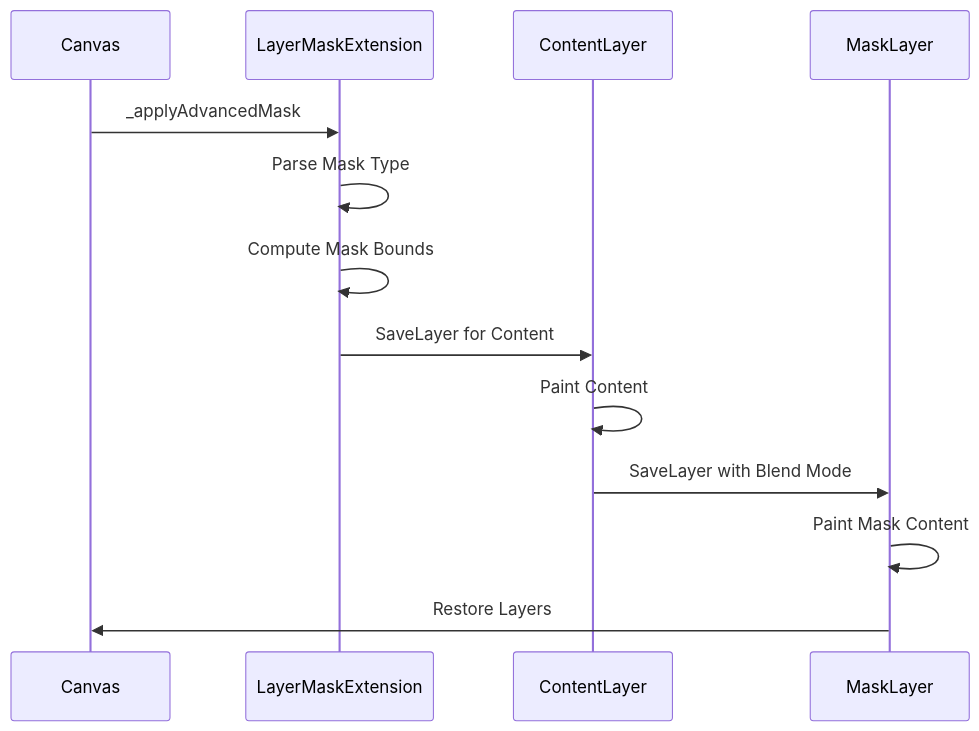
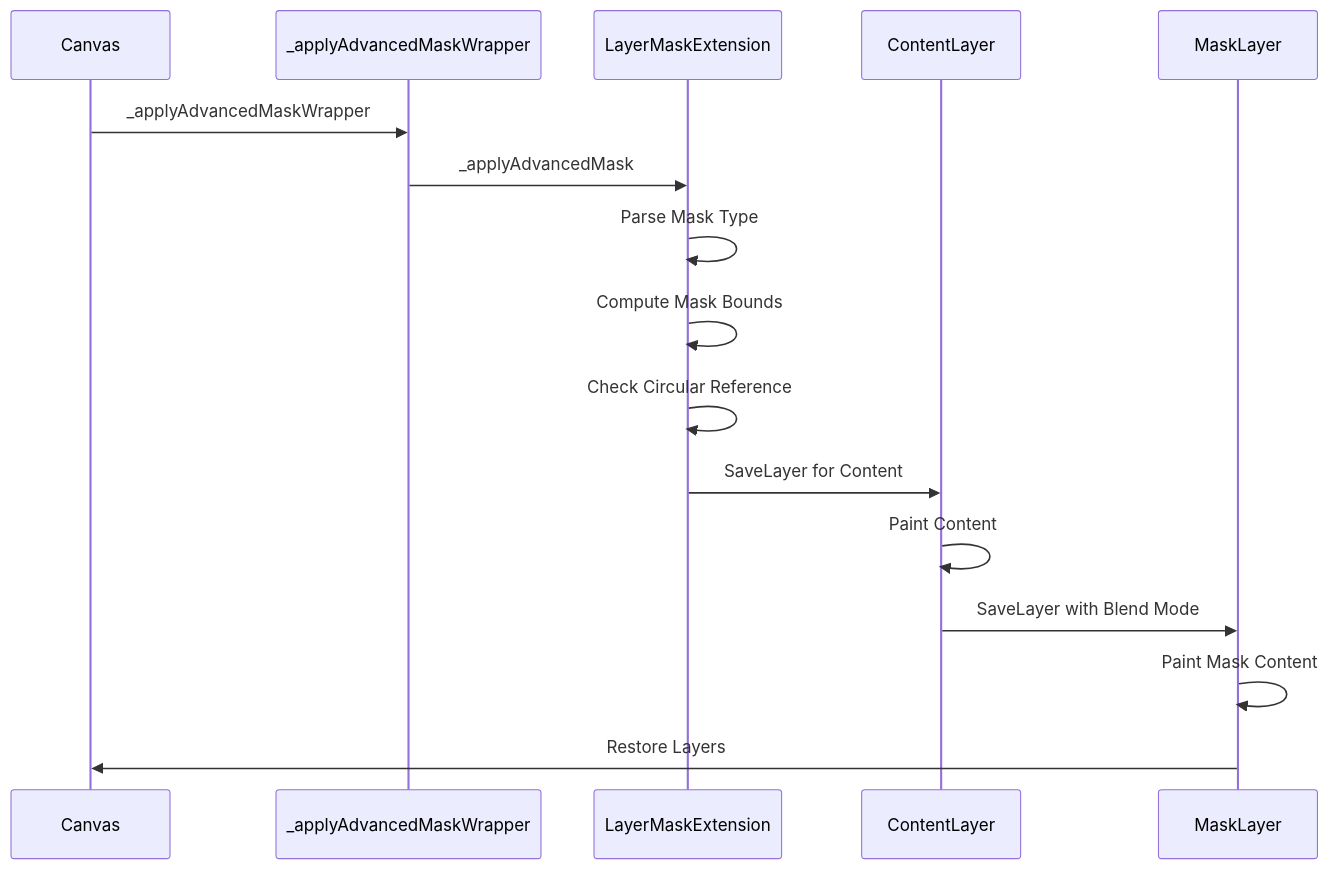
The third of 8 diagrams in .qoder/repowiki/en/content/Animated SVG Support/Advanced Animation Features/SVG Filters and Effects/Advanced Clipping and Masking System.md (denisnadey/flutter_full_svg_support), drawn with Mermaid before and after one commit. The commit also changed other lines of this file and 15 other files, not shown here.

First line of the commit message:
feat(masking): enhance advanced mask hit testing and layer-based masking system

````diff
--- a/.qoder/repowiki/en/content/Animated SVG Support/Advanced Animation Features/SVG Filters and Effects/Advanced Clipping and Masking System.md
+++ b/.qoder/repowiki/en/content/Animated SVG Support/Advanced Animation Features/SVG Filters and Effects/Advanced Clipping and Masking System.md
@@ -148,15 +166,18 @@
 ```mermaid
 sequenceDiagram
 participant Canvas as Canvas
+participant Wrapper as _applyAdvancedMaskWrapper
 participant LayerMask as LayerMaskExtension
 participant ContentLayer as ContentLayer
 participant MaskLayer as MaskLayer
-Canvas->>LayerMask : _applyAdvancedMask
+Canvas->>Wrapper : _applyAdvancedMaskWrapper
+Wrapper->>LayerMask : _applyAdvancedMask
 LayerMask->>LayerMask : Parse Mask Type
 LayerMask->>LayerMask : Compute Mask Bounds
+LayerMask->>LayerMask : Check Circular Reference
 LayerMask->>ContentLayer : SaveLayer for Content
 ContentLayer->>ContentLayer : Paint Content
 ContentLayer->>MaskLayer : SaveLayer with Blend Mode
 MaskLayer->>MaskLayer : Paint Mask Content
 MaskLayer->>Canvas : Restore Layers
 ```
````
